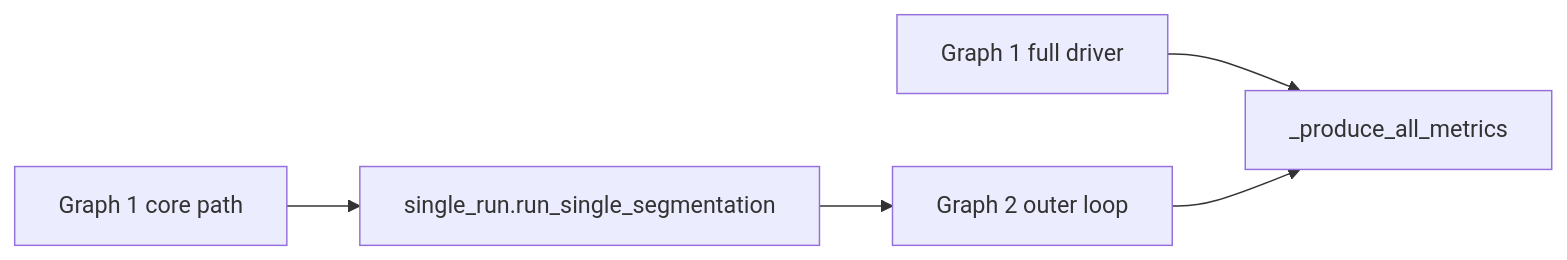
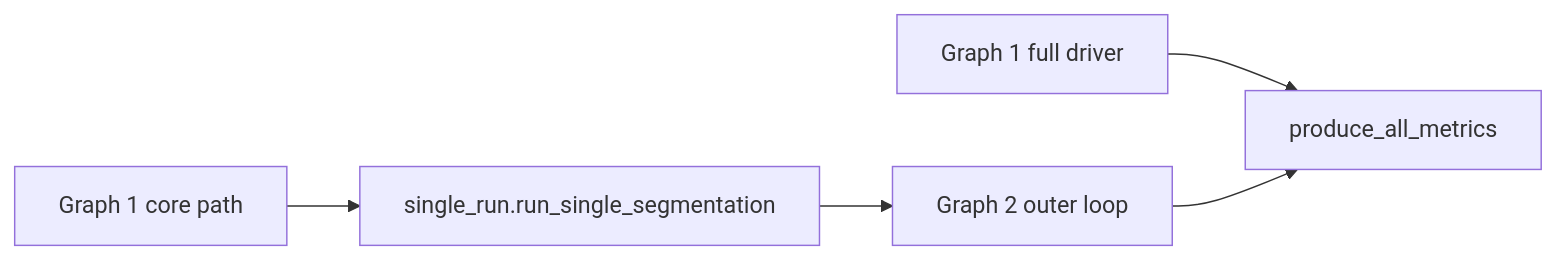
The fourth of 4 diagrams in README.md (FulgentMcGuffin/gulfstream), drawn with Mermaid before and after one commit. The commit also changed other lines of this file and 59 other files, not shown here.

````diff
--- a/README.md
+++ b/README.md
@@ -186,7 +186,7 @@
 ```mermaid
 flowchart LR
   g1core["Graph 1 core path"] --> single["single_run.run_single_segmentation"]
   single --> g2loop["Graph 2 outer loop"]
-  g1full["Graph 1 full driver"] --> metrics["_produce_all_metrics"]
+  g1full["Graph 1 full driver"] --> metrics["produce_all_metrics"]
   g2loop --> metrics
 ```
````
